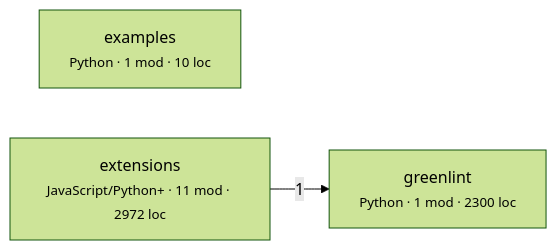
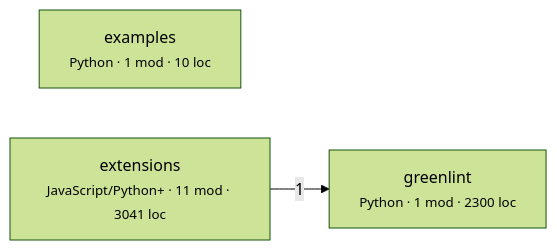
Before and after one commit to fabiocicerchia/greenlint: the first of 3 diagrams in ARCHITECTURE.md, drawn with Mermaid (forest theme). The commit also changed other lines of this file, not shown here.

First line of the commit message:
docs(DOCS): regenerate the architecture map after the extension split

````diff
--- a/ARCHITECTURE.md
+++ b/ARCHITECTURE.md
@@ -311,7 +307,7 @@
 ```mermaid
 graph LR
   examples["examples<br/><small>Python · 1 mod · 10 loc</small>"]
-  extensions["extensions<br/><small>JavaScript/Python+ · 11 mod · 2972 loc</small>"]
+  extensions["extensions<br/><small>JavaScript/Python+ · 11 mod · 3041 loc</small>"]
   greenlint["greenlint<br/><small>Python · 1 mod · 2300 loc</small>"]
   extensions -->|1| greenlint
 ```
````
